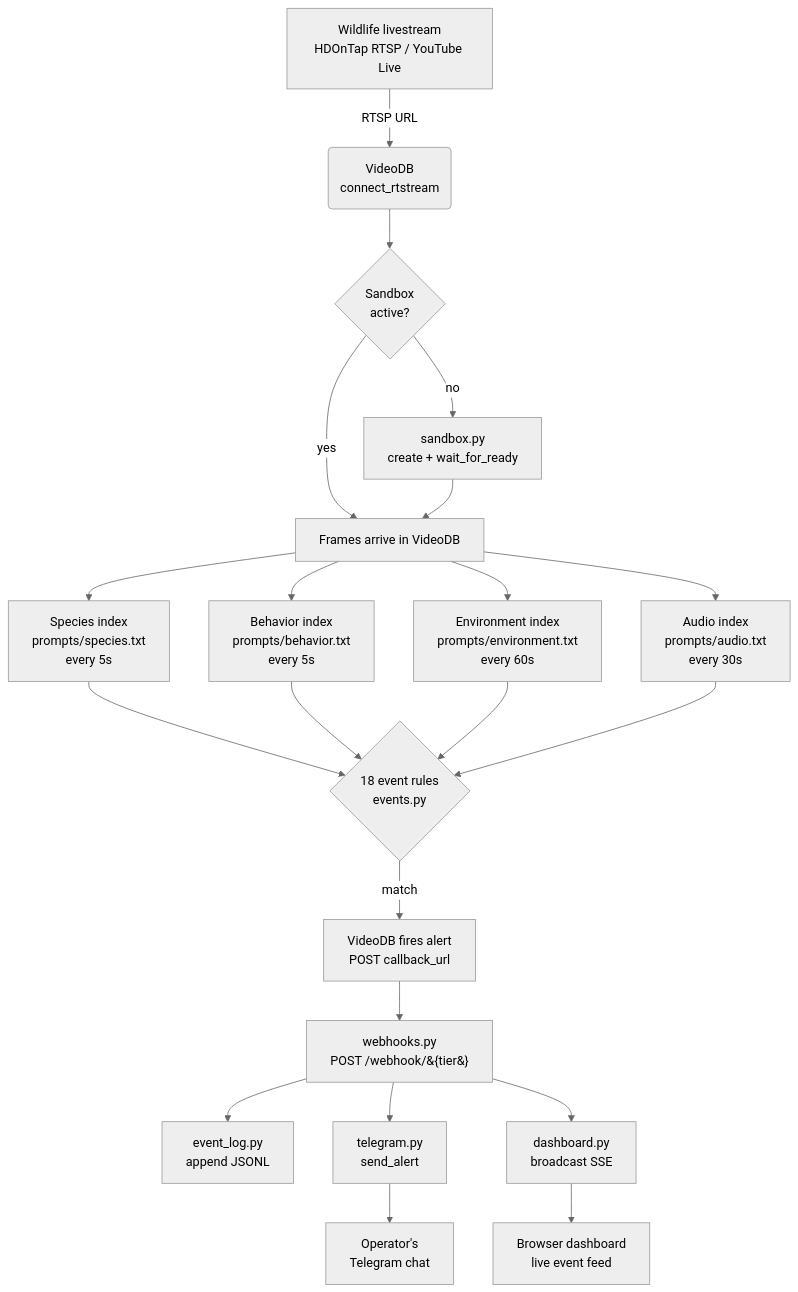
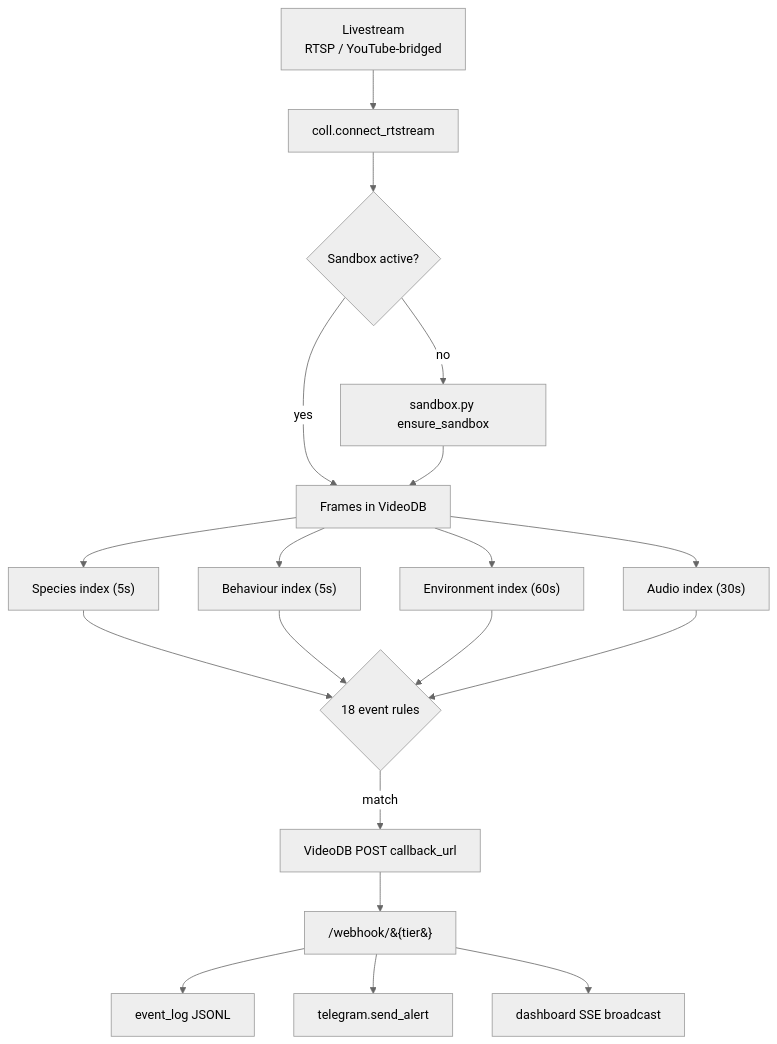
One commit to skalkii/wildwatch changed the first of 11 diagrams in docs/FEATURE_FLOWS.md. Above: the diagram before and after it, drawn with Mermaid (neutral theme). The commit also changed other lines of this file and 1 other file, not shown here.

First line of the commit message:
docs: slim FEATURE_FLOWS + REPO_MAP, fix 2 broken Mermaid charts

````diff
--- a/docs/FEATURE_FLOWS.md
+++ b/docs/FEATURE_FLOWS.md
@@ -13,23 +11,21 @@
 ```mermaid
 flowchart TD
-    A[Wildlife livestream<br/>HDOnTap RTSP / YouTube Live] -->|RTSP URL| B(VideoDB<br/>connect_rtstream)
-    B --> C{Sandbox<br/>active?}
-    C -->|no| D[sandbox.py<br/>create + wait_for_ready]
-    C -->|yes| E
-    D --> E[Frames arrive in VideoDB]
-    E --> F1[Species index<br/>prompts/species.txt<br/>every 5s]
-    E --> F2[Behavior index<br/>prompts/behavior.txt<br/>every 5s]
-    E --> F3[Environment index<br/>prompts/environment.txt<br/>every 60s]
-    E --> F4[Audio index<br/>prompts/audio.txt<br/>every 30s]
-    F1 --> G{18 event rules<br/>events.py}
+    A["Livestream<br/>RTSP / YouTube-bridged"] --> B["coll.connect_rtstream"]
+    B --> C{"Sandbox active?"}
+    C -->|no| D["sandbox.py ensure_sandbox"]
+    C -->|yes| E["Frames in VideoDB"]
+    D --> E
+    E --> F1["Species index (5s)"]
+    E --> F2["Behaviour index (5s)"]
+    E --> F3["Environment index (60s)"]
+    E --> F4["Audio index (30s)"]
+    F1 --> G{"18 event rules"}
     F2 --> G
     F3 --> G
     F4 --> G
-    G -->|match| H[VideoDB fires alert<br/>POST callback_url]
-    H --> I[webhooks.py<br/>POST /webhook/&#123;tier&#125;]
-    I --> J[event_log.py<br/>append JSONL]
-    I --> K[telegram.py<br/>send_alert]
-    I --> L[dashboard.py<br/>broadcast SSE]
-    K --> M[Operator's<br/>Telegram chat]
-    L --> N[Browser dashboard<br/>live event feed]
+    G -->|match| H["VideoDB POST callback_url"]
+    H --> I["/webhook/&#123;tier&#125;"]
+    I --> J["event_log JSONL"]
+    I --> K["telegram.send_alert"]
+    I --> L["dashboard SSE broadcast"]
 ```
````
